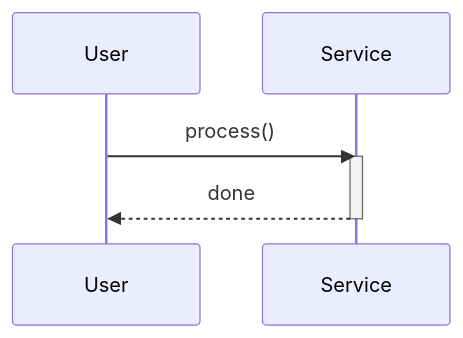
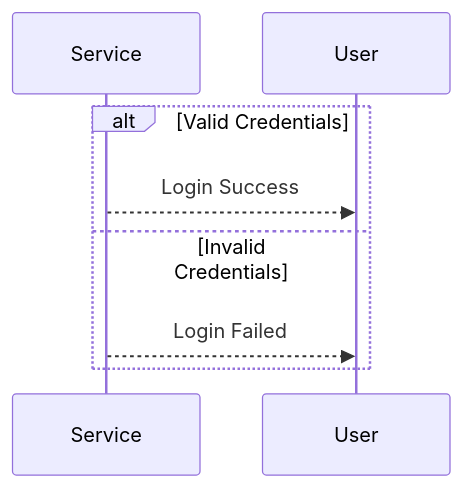
The diagram in System Design/Low Level Design/UML Diagrams/Sequence Diagram.md (binarydevelop/Obsidian-study-vault), drawn with Mermaid before and after one commit.

Commit message:
vault backup: 2025-12-28 16:16:39
Affected files:
System Design/Low Level Design/UML Diagrams/Sequence Diagram.md

````diff
--- a/System Design/Low Level Design/UML Diagrams/Sequence Diagram.md
+++ b/System Design/Low Level Design/UML Diagrams/Sequence Diagram.md
@@ -18,8 +18,11 @@
 ```mermaid
 sequenceDiagram
-    User->>Service: process()
-    activate Service
-    Service-->>User: done
-    deactivate Service
+    participant Service
+
+    alt Valid Credentials
+        Service-->>User: Login Success
+    else Invalid Credentials
+        Service-->>User: Login Failed
+    end
 
 ```
````
